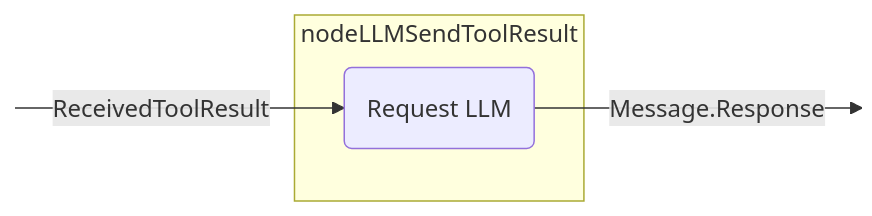
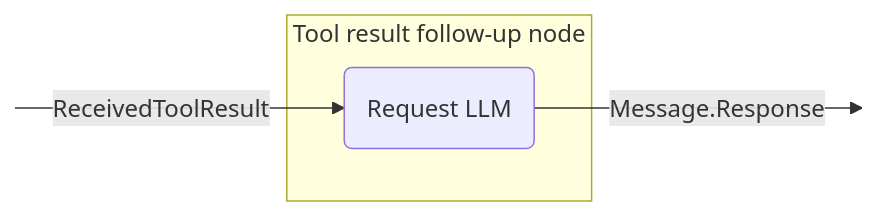
Diagram 12 of 15 in docs/docs/nodes-and-components.md (JetBrains/koog), drawn with Mermaid before and after one commit. The commit also changed other lines of this file and 1 other file, not shown here.

````diff
--- a/docs/docs/nodes-and-components.md
+++ b/docs/docs/nodes-and-components.md
@@ -642,13 +642,13 @@
 ```mermaid
 graph LR
     in:::hidden
     out:::hidden
     
-    subgraph node ["nodeLLMSendToolResult"]
+    subgraph node ["Tool result follow-up node"]
         execute(Request LLM)
     end
     
     in --ReceivedToolResult--> execute --Message.Response--> out
 
     classDef hidden display: none;
 ```
````
